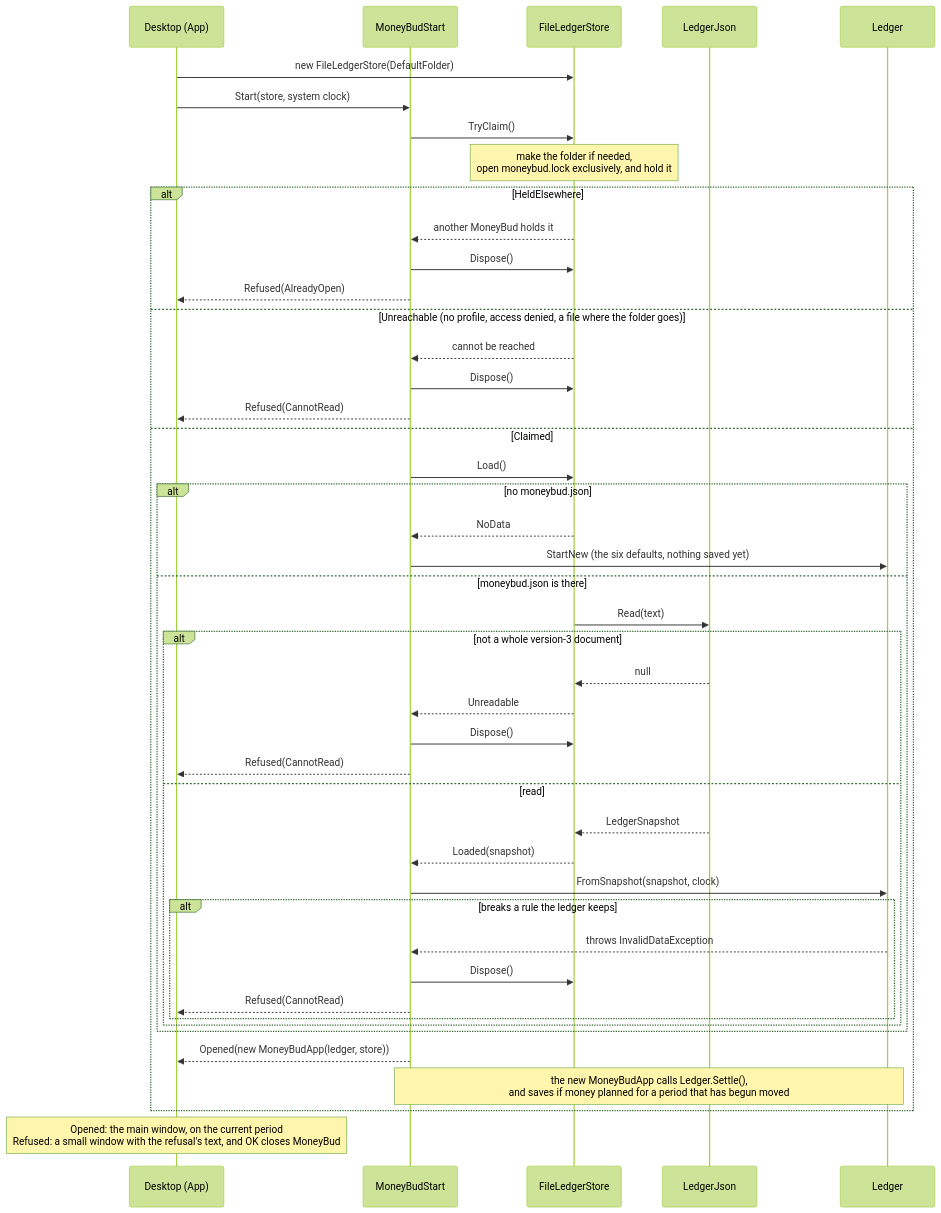
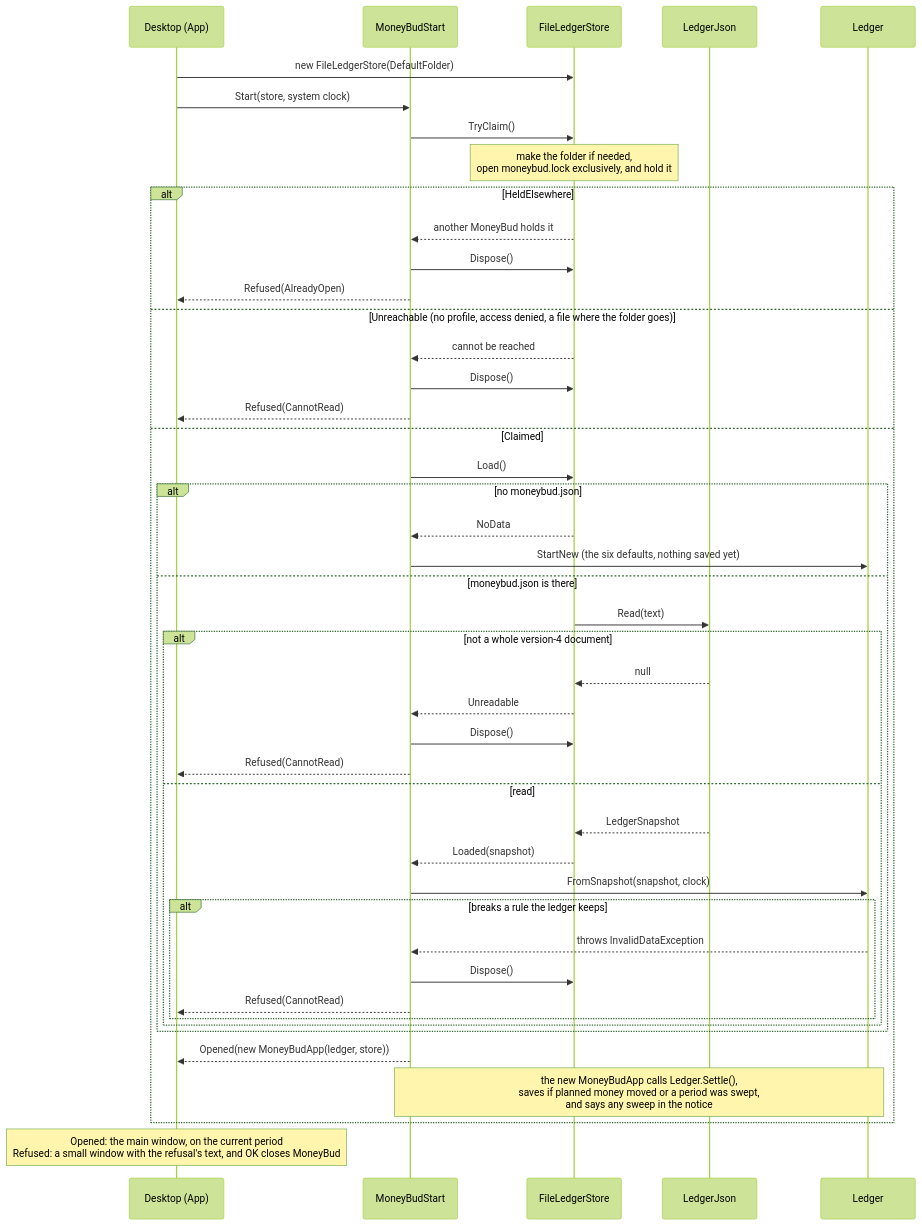
The second of 3 diagrams in docs/arc42/06-runtime-view.md (Axelkonijn/MoneyBud), drawn with Mermaid (forest theme) before and after one commit. The commit also changed other lines of this file and 35 other files, not shown here.

First line of the commit message:
feat: sweep a period's leftover into a chosen backed category

````diff
--- a/docs/arc42/06-runtime-view.md
+++ b/docs/arc42/06-runtime-view.md
@@ -229,48 +288,48 @@
 ```mermaid
 sequenceDiagram
     participant Desktop as Desktop (App)
     participant Start as MoneyBudStart
     participant Store as FileLedgerStore
     participant Json as LedgerJson
     participant Ledger
 
     Desktop->>Store: new FileLedgerStore(DefaultFolder)
     Desktop->>Start: Start(store, system clock)
     Start->>Store: TryClaim()
     Note over Store: make the folder if needed,<br/>open moneybud.lock exclusively, and hold it
     alt HeldElsewhere
         Store-->>Start: another MoneyBud holds it
         Start->>Store: Dispose()
         Start-->>Desktop: Refused(AlreadyOpen)
     else Unreachable (no profile, access denied, a file where the folder goes)
         Store-->>Start: cannot be reached
         Start->>Store: Dispose()
         Start-->>Desktop: Refused(CannotRead)
     else Claimed
         Start->>Store: Load()
         alt no moneybud.json
             Store-->>Start: NoData
             Start->>Ledger: StartNew (the six defaults, nothing saved yet)
         else moneybud.json is there
             Store->>Json: Read(text)
-            alt not a whole version-3 document
+            alt not a whole version-4 document
                 Json-->>Store: null
                 Store-->>Start: Unreadable
                 Start->>Store: Dispose()
                 Start-->>Desktop: Refused(CannotRead)
             else read
                 Json-->>Store: LedgerSnapshot
                 Store-->>Start: Loaded(snapshot)
                 Start->>Ledger: FromSnapshot(snapshot, clock)
                 alt breaks a rule the ledger keeps
                     Ledger-->>Start: throws InvalidDataException
                     Start->>Store: Dispose()
                     Start-->>Desktop: Refused(CannotRead)
                 end
             end
         end
         Start-->>Desktop: Opened(new MoneyBudApp(ledger, store))
-        Note over Start,Ledger: the new MoneyBudApp calls Ledger.Settle(),<br/>and saves if money planned for a period that has begun moved
+        Note over Start,Ledger: the new MoneyBudApp calls Ledger.Settle(),<br/>saves if planned money moved or a period was swept,<br/>and says any sweep in the notice
     end
     Note over Desktop: Opened: the main window, on the current period<br/>Refused: a small window with the refusal's text, and OK closes MoneyBud
 ```
````
